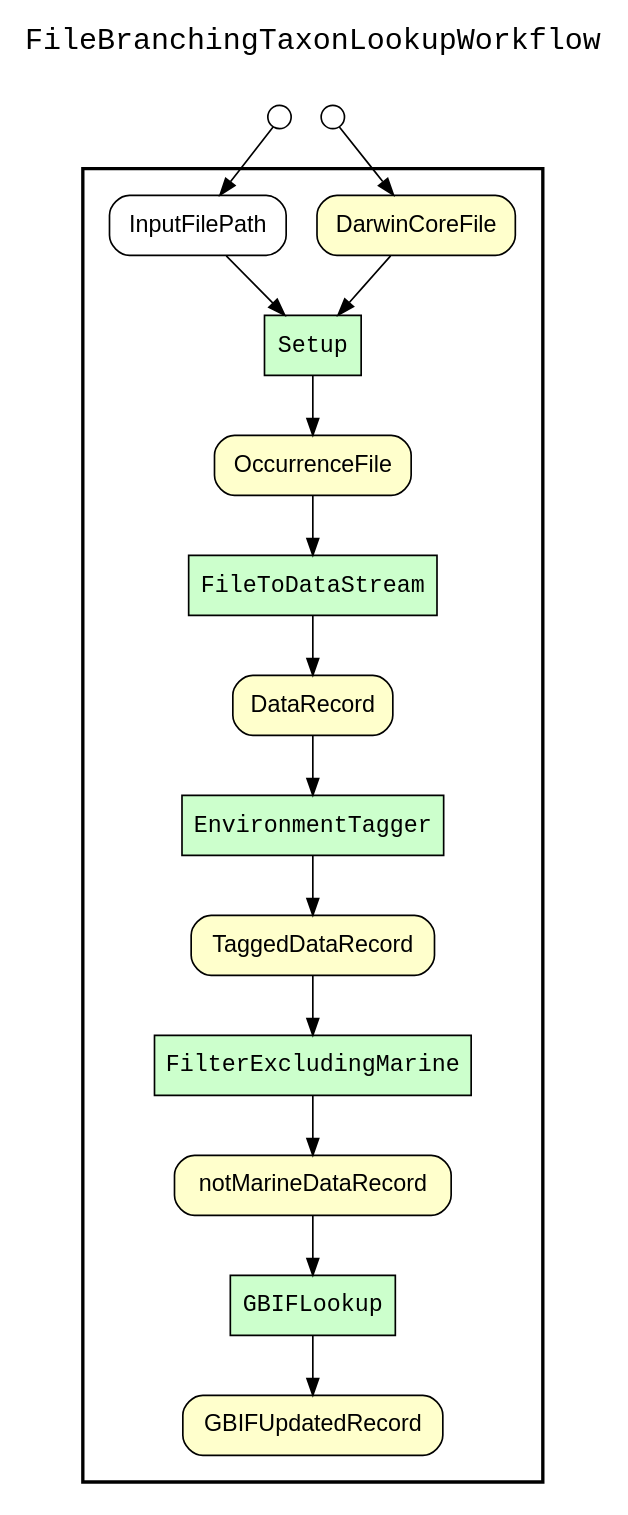
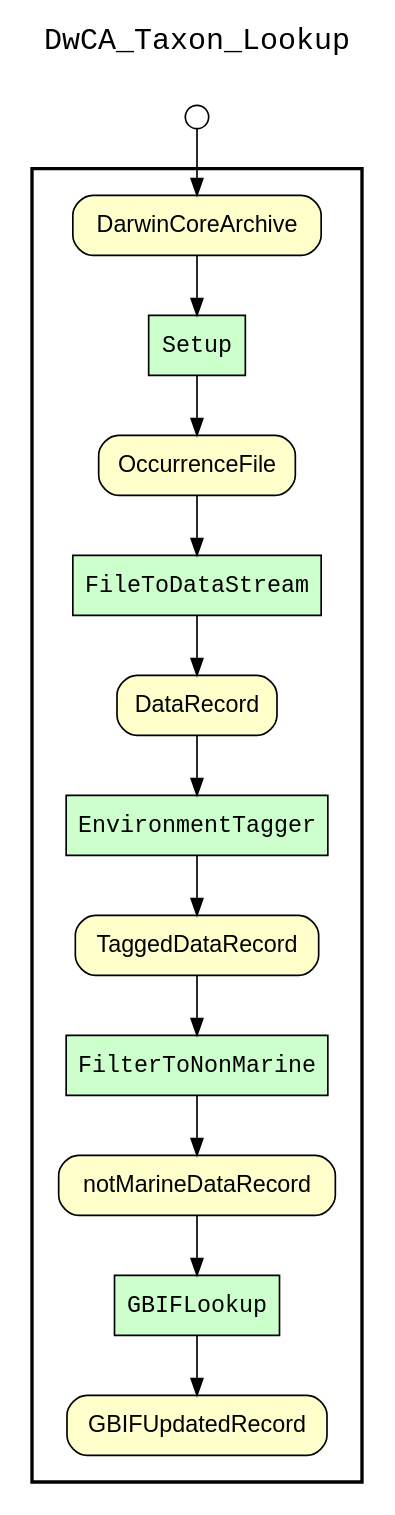
One commit to kurator-org/kurator-TDWG17-YW changed the diagram in kurator_FileBranchingTaxonLookup/workflows/results/wf_upstream_of_GBIFUpdatedRecord.gv. Above: the diagram before and after it, drawn with Graphviz. The commit also changed 68 other files, not shown here.

```diff
--- a/kurator_FileBranchingTaxonLookup/workflows/results/wf_upstream_of_GBIFUpdatedRecord.gv
+++ b/kurator_FileBranchingTaxonLookup/workflows/results/wf_upstream_of_GBIFUpdatedRecord.gv
@@ -1,48 +1,44 @@
 
 digraph yw_data_view {
 rankdir=TB
 fontname=Courier; fontsize=18; labelloc=t
-label="FileBranchingTaxonLookupWorkflow"
+label="DwCA_Taxon_Lookup"
 subgraph cluster_workflow { label=""; color=black; penwidth=2
 subgraph cluster_workflow_inner { label=""; color=white
 node[shape=box style="filled" fillcolor="#CCFFCC" peripheries=1 fontname=Courier]
-FilterExcludingMarine
+FilterToNonMarine
 EnvironmentTagger
 FileToDataStream
 Setup
 GBIFLookup
 node[shape=box style="filled" fillcolor="#CCFFCC" peripheries=1 fontname=Courier]
 node[shape=box style="rounded,filled" fillcolor="#FFFFCC" peripheries=1 fontname=Helvetica]
-DarwinCoreFile
+DarwinCoreArchive
 OccurrenceFile
 DataRecord
 TaggedDataRecord
 notMarineDataRecord
 GBIFUpdatedRecord
 node[shape=box style="rounded,filled" fillcolor="#FFFFFF" peripheries=1 fontname=Helvetica]
-InputFilePath
 }}
 subgraph cluster_inflows { label=""; color=white; penwidth=2
 subgraph cluster_inflows_inner { label=""; color=white
 node[shape=circle fillcolor="#FFFFFF" peripheries=1 width=0.2]
-DarwinCoreFile_inflow [label=""]
-InputFilePath_inflow [label=""]
+DarwinCoreArchive_inflow [label=""]
 }}
 subgraph cluster_outflows { label=""; color=white; penwidth=2
 subgraph cluster_outflows_inner { label=""; color=white
 node[shape=circle fillcolor="#FFFFFF" peripheries=1 width=0.2]
 }}
 notMarineDataRecord -> GBIFLookup
-TaggedDataRecord -> FilterExcludingMarine
+TaggedDataRecord -> FilterToNonMarine
 DataRecord -> EnvironmentTagger
 OccurrenceFile -> FileToDataStream
-DarwinCoreFile -> Setup
-InputFilePath -> Setup
+DarwinCoreArchive -> Setup
 Setup -> OccurrenceFile
 FileToDataStream -> DataRecord
 EnvironmentTagger -> TaggedDataRecord
-FilterExcludingMarine -> notMarineDataRecord
+FilterToNonMarine -> notMarineDataRecord
 GBIFLookup -> GBIFUpdatedRecord
-DarwinCoreFile_inflow -> DarwinCoreFile
-InputFilePath_inflow -> InputFilePath
+DarwinCoreArchive_inflow -> DarwinCoreArchive
 }
```
